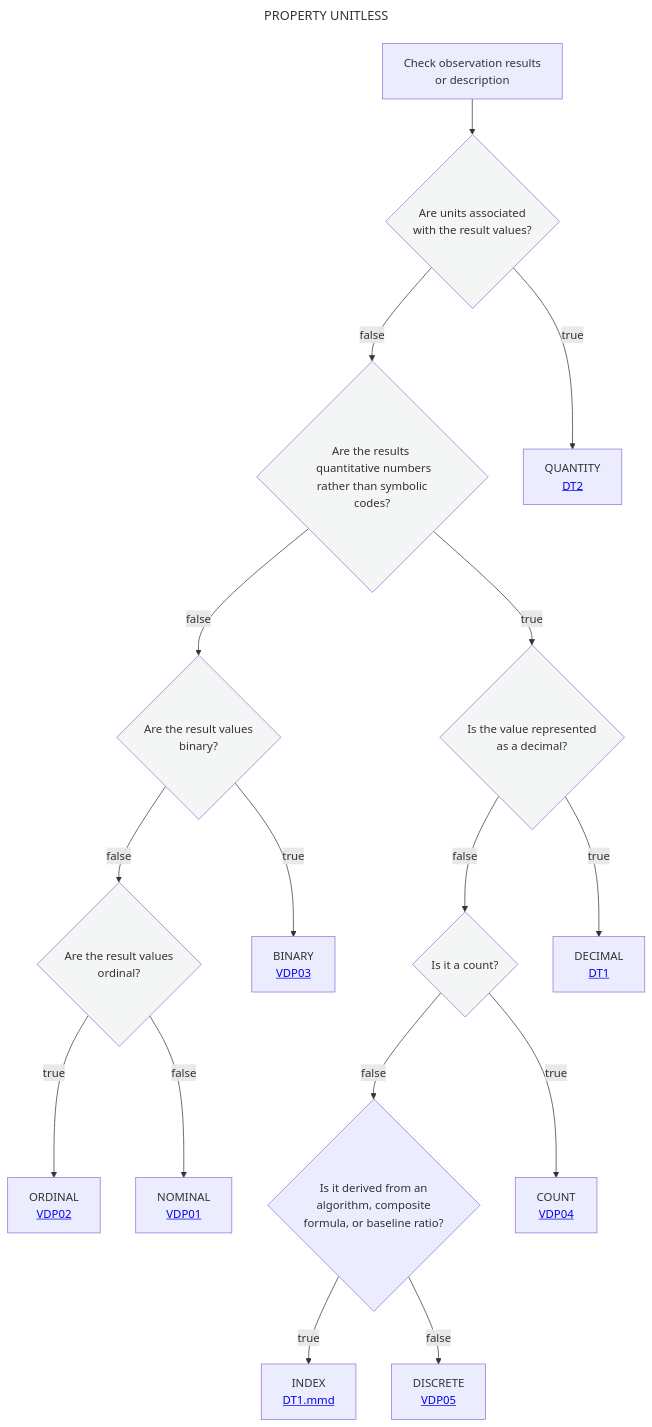
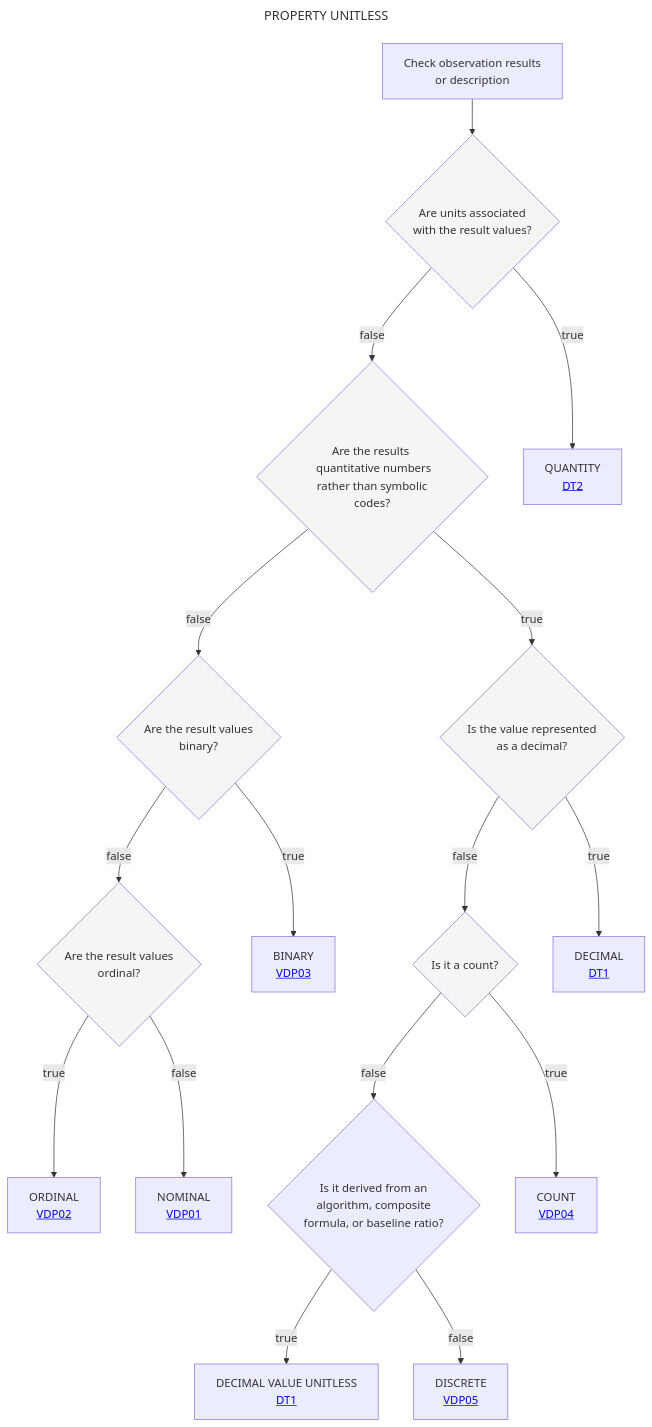
One commit to mabablue/I-ADOPT-patterns-playground changed the diagram in Decisition_trees/DT0.mmd. Above: the diagram before and after it, drawn with Mermaid.

Commit message:
Update links and labels in decision tree diagram

```diff
--- a/Decisition_trees/DT0.mmd
+++ b/Decisition_trees/DT0.mmd
@@ -1,23 +1,23 @@
 ---
 title: PROPERTY UNITLESS
 ---
 flowchart TD
     A[Check observation results <br> or description] --> B{Are units associated <br> with the result values?}:::white
     B --> |false|C{Are the results <br> quantitative numbers<br> rather than symbolic codes?}:::white
     B --> |true|D[QUANTITY <br> <a href='https://github.com/mabablue/I-ADOPT-patterns-playground/blob/main/Decisition_trees/DT2.mmd'>DT2</a><br>] 
     C --> |false|E{Are the result values <br> binary?}:::white
     C --> |true|G{Is the value represented <br> as a decimal?}:::white
     E --> |false|I{Are the result values <br> ordinal?}:::white
     G --> |false|H{Is it a count?}:::white
     H--> |false|N{Is it derived from an <br> algorithm, composite <br> formula, or baseline ratio?}
-    N --> |true|O[INDEX <br> <a href='https://github.com/mabablue/I-ADOPT-patterns-playground/edit/main/Decisition_trees/DT0.mmd'>DT1.mmd</a><br>] 
+    N --> |true|O[DECIMAL VALUE UNITLESS <br> <a href='https://github.com/mabablue/I-ADOPT-patterns-playground/edit/main/Decisition_trees/DT1.mmd'>DT1</a><br>] 
     N --> |false|P[DISCRETE <br> <a href='https://github.com/mabablue/I-ADOPT-patterns-playground/blob/main/pattern/VDP05.yaml'>VDP05</a><br>] 
     H --> |true|M[COUNT <br> <a href='https://github.com/mabablue/I-ADOPT-patterns-playground/blob/main/pattern/VDP04.yaml'>VDP04</a><br>] 
     I --> |true|J[ORDINAL <br> <a href='https://github.com/mabablue/I-ADOPT-patterns-playground/blob/main/pattern/VDP02.yaml'>VDP02</a><br>] 
     I --> |false|K[NOMINAL <br> <a href='https://github.com/mabablue/I-ADOPT-patterns-playground/blob/main/pattern/VDP01.yaml'>VDP01</a><br>] 
     E --> |true|F[BINARY <br> <a href='https://github.com/mabablue/I-ADOPT-patterns-playground/blob/main/pattern/VDP03.yaml'>VDP03</a><br>] 
     G --> |true|L[DECIMAL <br> <a href='https://github.com/mabablue/I-ADOPT-patterns-playground/blob/main/Decisition_trees/DT1.mmd'>DT1</a><br>] 
    classDef blue fill:#90D5FF
    classDef satblue fill:#57B9FF 
    classDef white fill:#f3f6f4
    classDef green fill:#6aa84f
```
